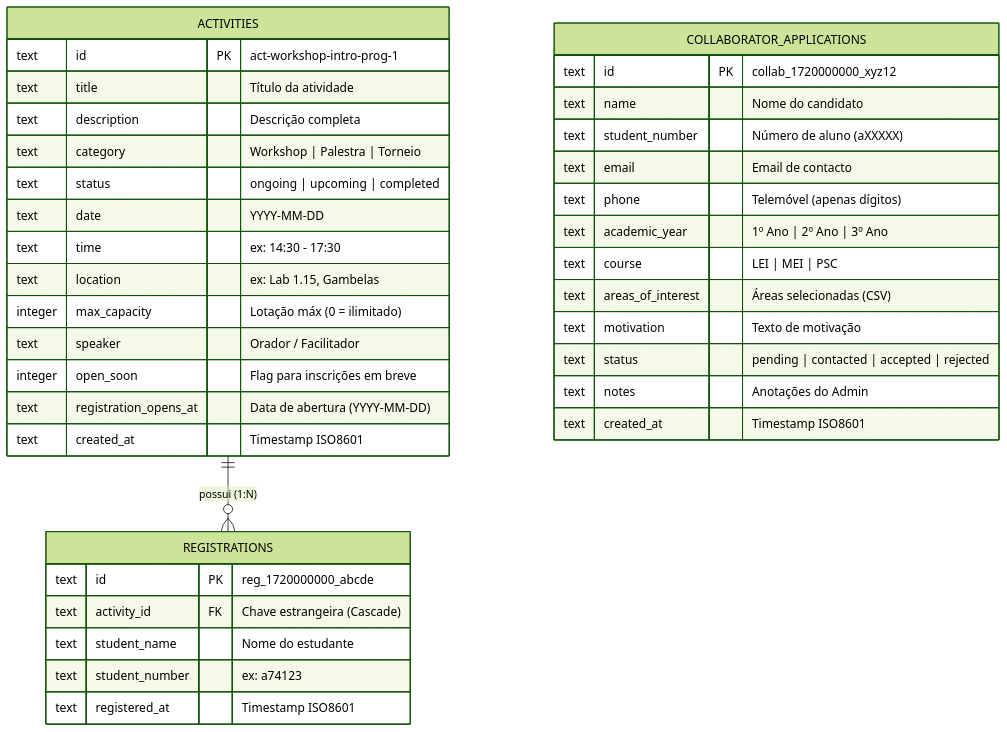
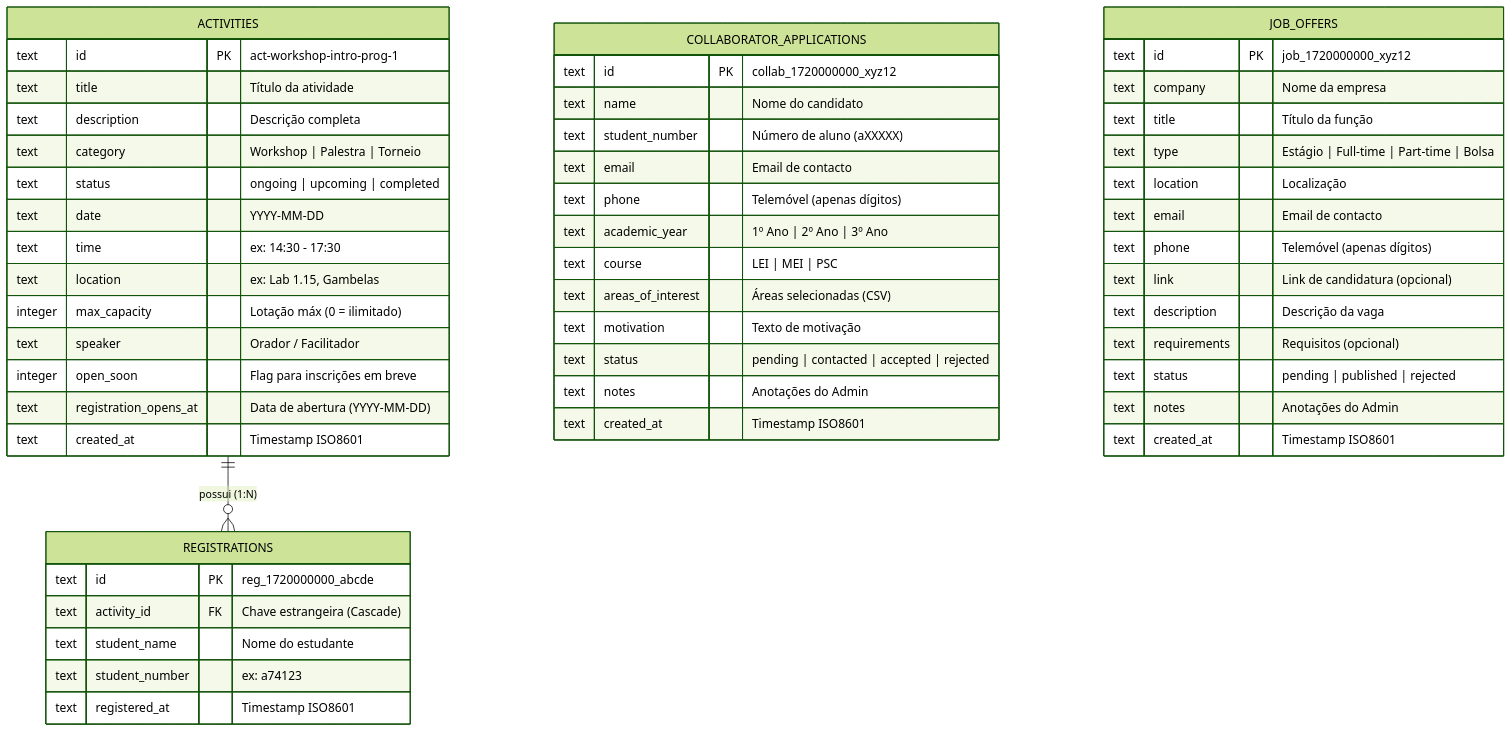
Before and after one commit to neei-aaualg/siteneei: the second of 3 diagrams in README.md, drawn with Mermaid (forest theme). The commit also changed other lines of this file and 2 other files, not shown here.

````diff
--- a/README.md
+++ b/README.md
@@ -138,43 +142,59 @@
 ```mermaid
 erDiagram
     ACTIVITIES ||--o{ REGISTRATIONS : "possui (1:N)"
     
     ACTIVITIES {
         text id PK "act-workshop-intro-prog-1"
         text title "Título da atividade"
         text description "Descrição completa"
         text category "Workshop | Palestra | Torneio"
         text status "ongoing | upcoming | completed"
         text date "YYYY-MM-DD"
         text time "ex: 14:30 - 17:30"
         text location "ex: Lab 1.15, Gambelas"
         integer max_capacity "Lotação máx (0 = ilimitado)"
         text speaker "Orador / Facilitador"
         integer open_soon "Flag para inscrições em breve"
         text registration_opens_at "Data de abertura (YYYY-MM-DD)"
         text created_at "Timestamp ISO8601"
     }
 
     REGISTRATIONS {
         text id PK "reg_1720000000_abcde"
         text activity_id FK "Chave estrangeira (Cascade)"
         text student_name "Nome do estudante"
         text student_number "ex: a74123"
         text registered_at "Timestamp ISO8601"
     }
 
     COLLABORATOR_APPLICATIONS {
         text id PK "collab_1720000000_xyz12"
         text name "Nome do candidato"
         text student_number "Número de aluno (aXXXXX)"
         text email "Email de contacto"
         text phone "Telemóvel (apenas dígitos)"
         text academic_year "1º Ano | 2º Ano | 3º Ano"
         text course "LEI | MEI | PSC"
         text areas_of_interest "Áreas selecionadas (CSV)"
         text motivation "Texto de motivação"
         text status "pending | contacted | accepted | rejected"
         text notes "Anotações do Admin"
         text created_at "Timestamp ISO8601"
     }
+
+    JOB_OFFERS {
+        text id PK "job_1720000000_xyz12"
+        text company "Nome da empresa"
+        text title "Título da função"
+        text type "Estágio | Full-time | Part-time | Bolsa"
+        text location "Localização"
+        text email "Email de contacto"
+        text phone "Telemóvel (apenas dígitos)"
+        text link "Link de candidatura (opcional)"
+        text description "Descrição da vaga"
+        text requirements "Requisitos (opcional)"
+        text status "pending | published | rejected"
+        text notes "Anotações do Admin"
+        text created_at "Timestamp ISO8601"
+    }
 ```
````
